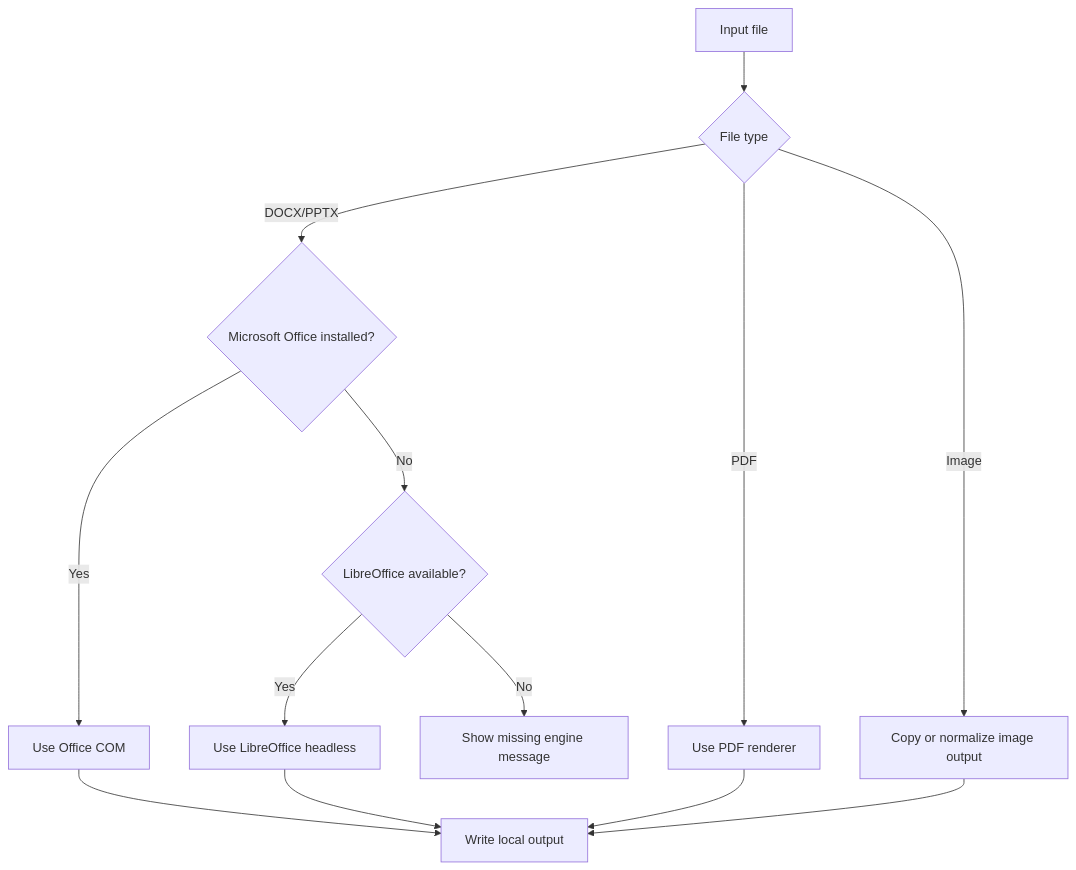
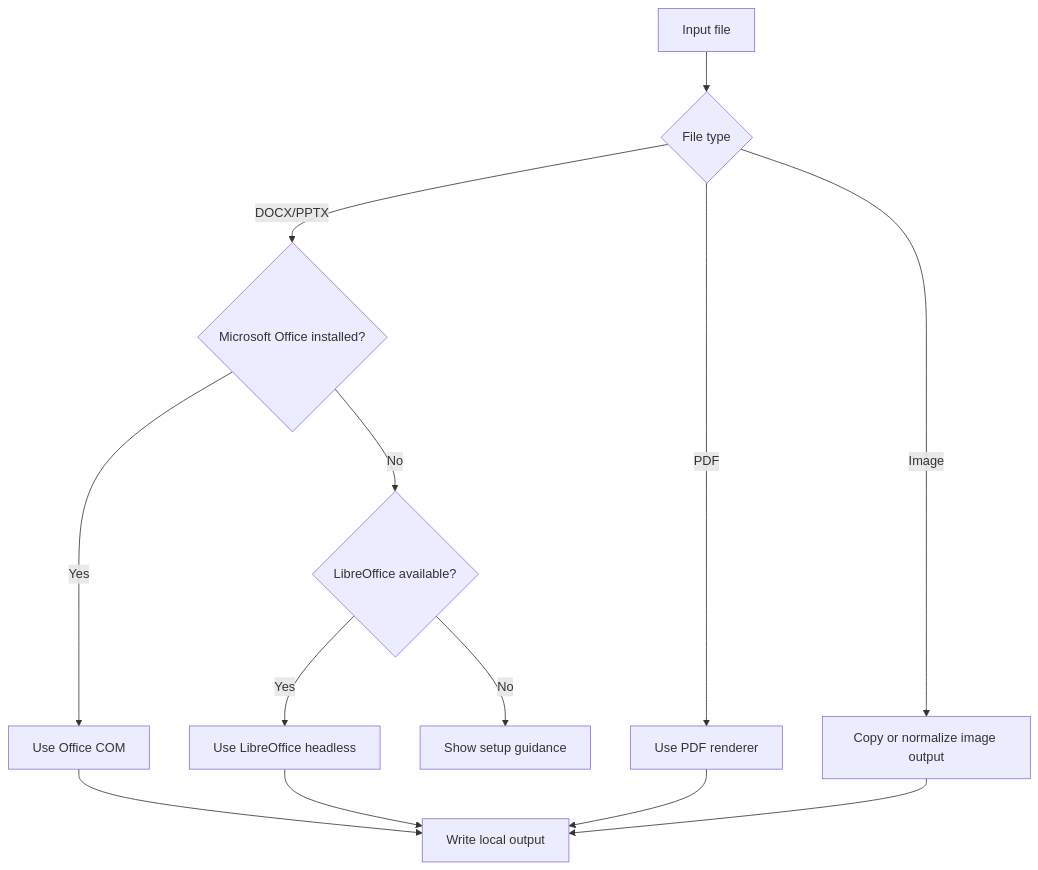
The fourth of 6 diagrams in docs/ARCHITECTURE.md (KiritoMainBro88/snappy-docs-convert), drawn with Mermaid before and after one commit. The commit also changed other lines of this file and 19 other files, not shown here.

Commit message:
feat: add engine setup guidance core

````diff
--- a/docs/ARCHITECTURE.md
+++ b/docs/ARCHITECTURE.md
@@ -39,15 +54,15 @@
 ```mermaid
 flowchart TD
   Start["Input file"] --> Type{"File type"}
   Type -->|"DOCX/PPTX"| OfficeCheck{"Microsoft Office installed?"}
   OfficeCheck -->|"Yes"| Office["Use Office COM"]
   OfficeCheck -->|"No"| LibreCheck{"LibreOffice available?"}
   LibreCheck -->|"Yes"| Libre["Use LibreOffice headless"]
-  LibreCheck -->|"No"| Missing["Show missing engine message"]
+  LibreCheck -->|"No"| Missing["Show setup guidance"]
   Type -->|"PDF"| Pdf["Use PDF renderer"]
   Type -->|"Image"| Image["Copy or normalize image output"]
   Office --> Done["Write local output"]
   Libre --> Done
   Pdf --> Done
   Image --> Done
 ```
````
